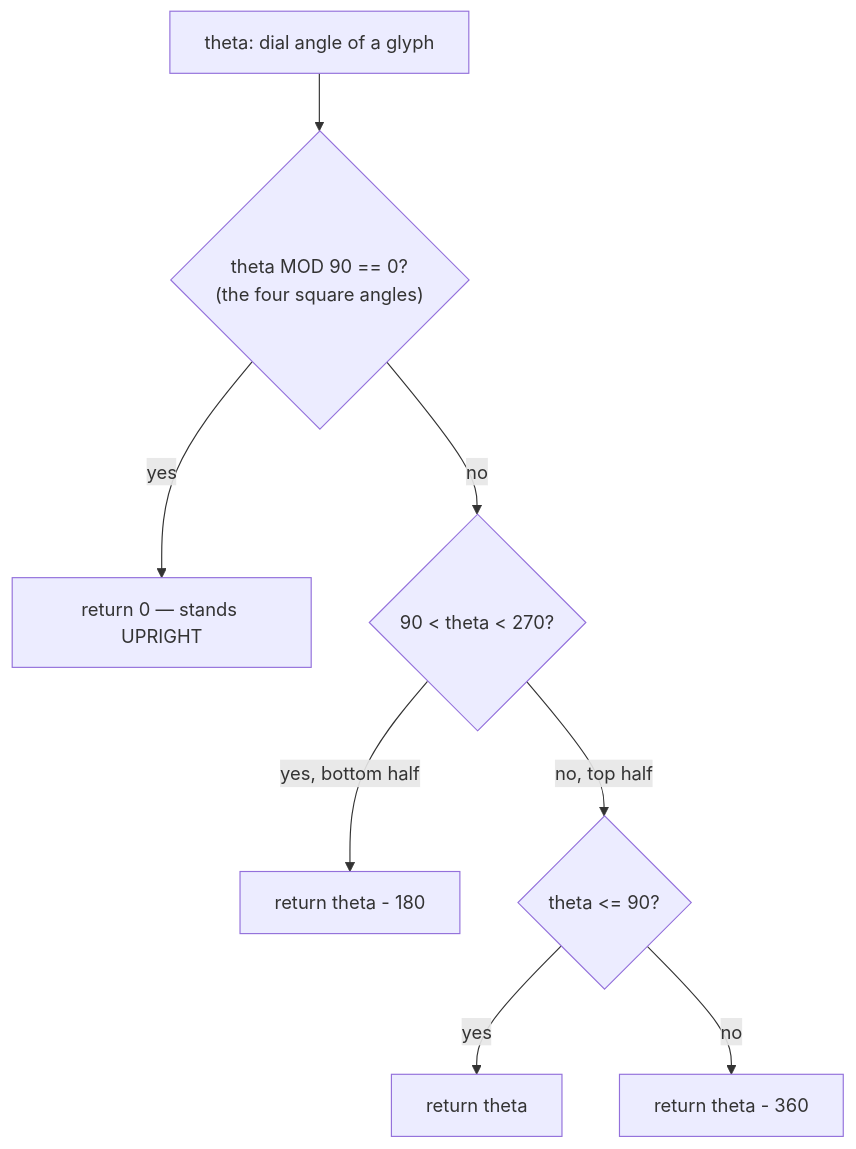
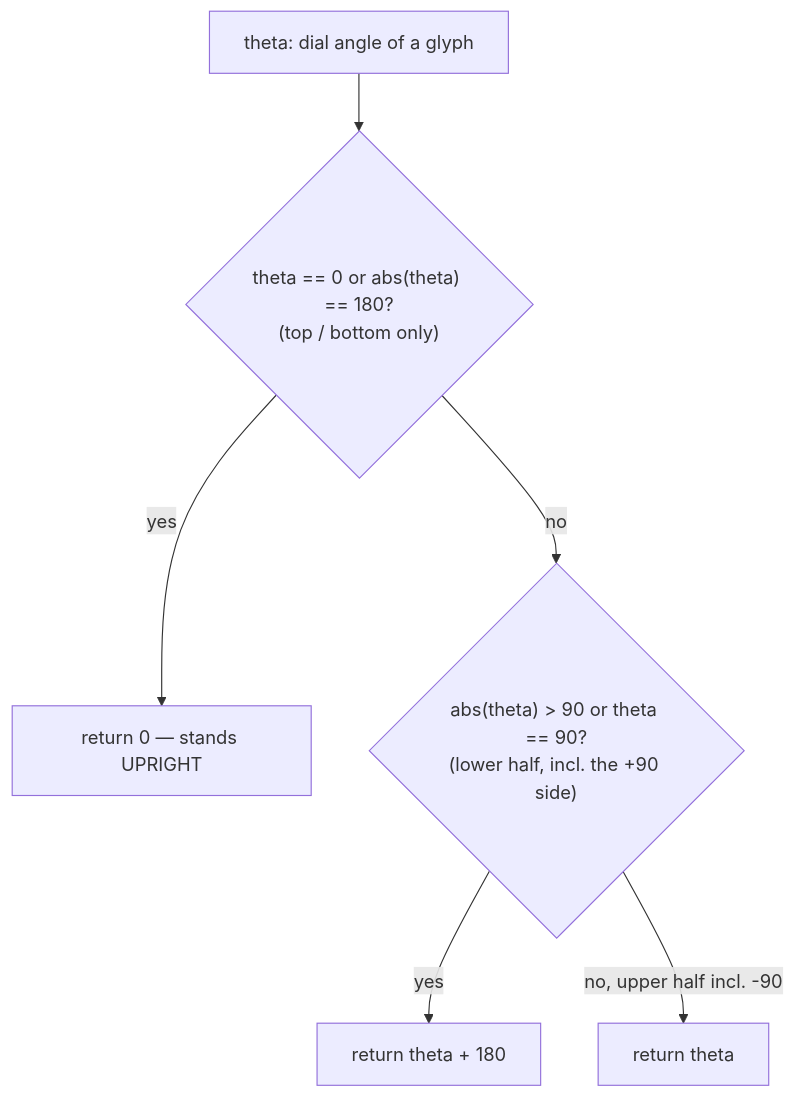
The diagram in core/__flow/angles.md (UVuruna/Watch-Academy), drawn with Mermaid before and after one commit. The commit also changed other lines of this file and 9 other files, not shown here.

First line of the commit message:
0.14.920 THE FLOWING SIDES — 6 and 18 flow like 45 and 15, and the third quadrant reads again

````diff
--- a/core/__flow/angles.md
+++ b/core/__flow/angles.md
@@ -19,10 +24,8 @@
 ```mermaid
 flowchart TB
-    A[theta: dial angle of a glyph] --> B{"theta MOD 90 == 0?<br/>(the four square angles)"}
+    A[theta: dial angle of a glyph] --> B{"theta == 0 or abs(theta) == 180?<br/>(top / bottom only)"}
     B -- yes --> C["return 0 — stands UPRIGHT"]
-    B -- no --> D{"90 < theta < 270?"}
-    D -- yes, bottom half --> E[return theta - 180]
-    D -- no, top half --> F{theta <= 90?}
-    F -- yes --> G[return theta]
-    F -- no --> H[return theta - 360]
+    B -- no --> D{"abs(theta) > 90 or theta == 90?<br/>(lower half, incl. the +90 side)"}
+    D -- yes --> E[return theta + 180]
+    D -- no, upper half incl. -90 --> F[return theta]
 ```
````
